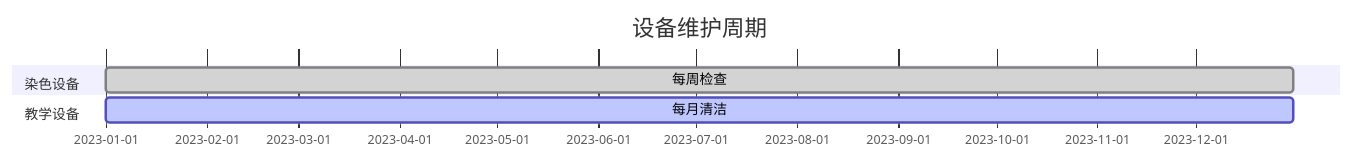
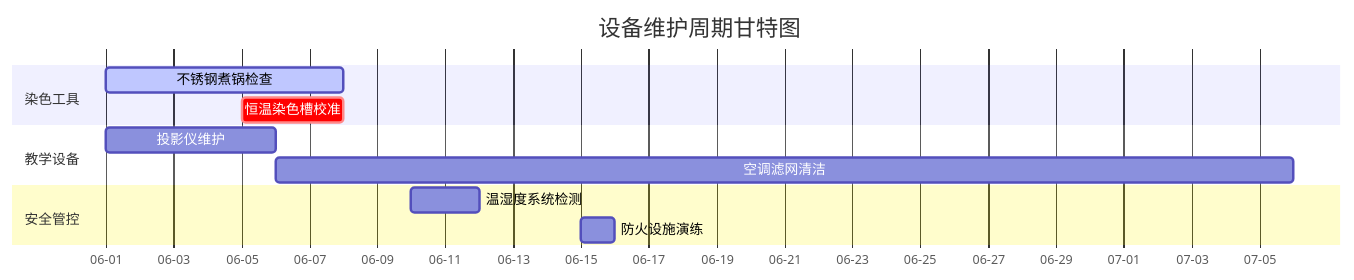
Before and after one commit to NaturalRice/git-demo: the eighth of 10 diagrams in README.md, drawn with Mermaid. The commit also changed other lines of this file, not shown here.

````diff
--- a/README.md
+++ b/README.md
@@ -100,9 +100,15 @@
 ```mermaid
 gantt
-    title 设备维护周期
+    title 设备维护周期甘特图
     dateFormat  YYYY-MM-DD
-    section 染色设备
-    每周检查 :done, des1, 2023-01-01, 2023-12-31
+    axisFormat  %m-%d
+    section 染色工具
+    不锈钢煮锅检查    :active, des1, 2023-06-01, 7d
+    恒温染色槽校准    :crit, des2, 2023-06-05, 3d
     section 教学设备
-    每月清洁 :active, des2, 2023-01-01, 2023-12-31
+    投影仪维护       :des3, 2023-06-01, 5d
+    空调滤网清洁     :des4, after des3, 30d
+    section 安全管控
+    温湿度系统检测   :des5, 2023-06-10, 2d
+    防火设施演练     :des6, 2023-06-15, 1d
 ```
````
